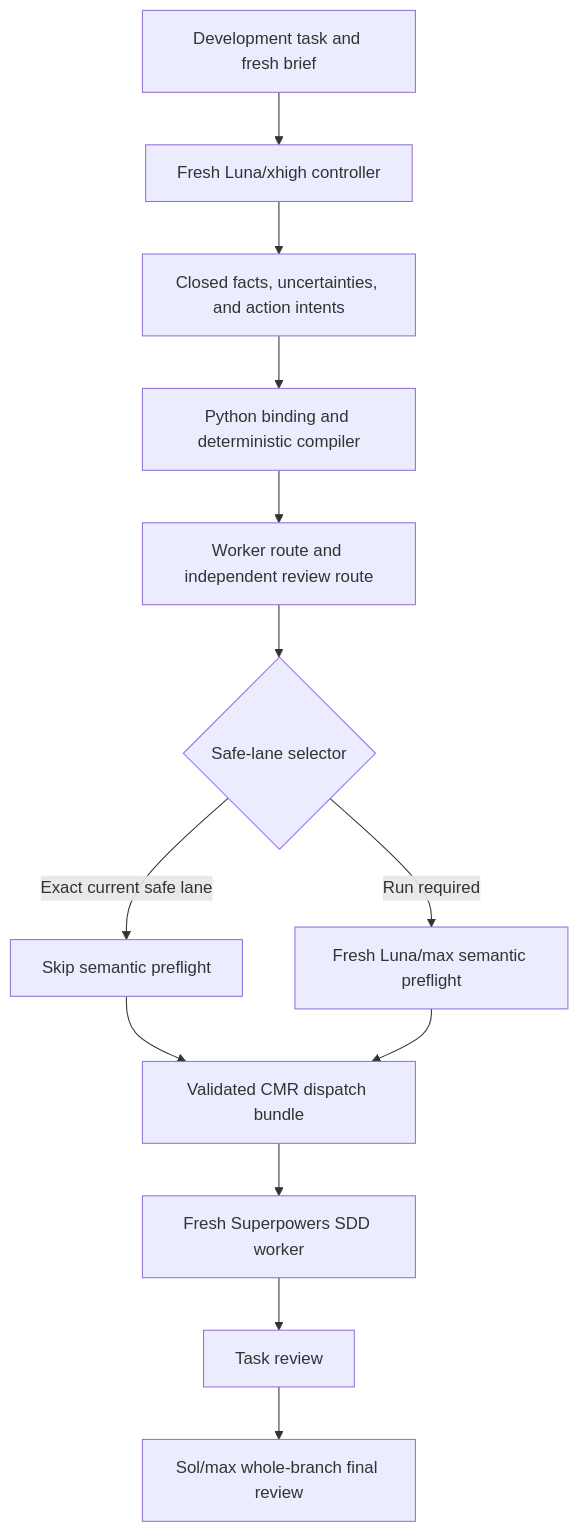
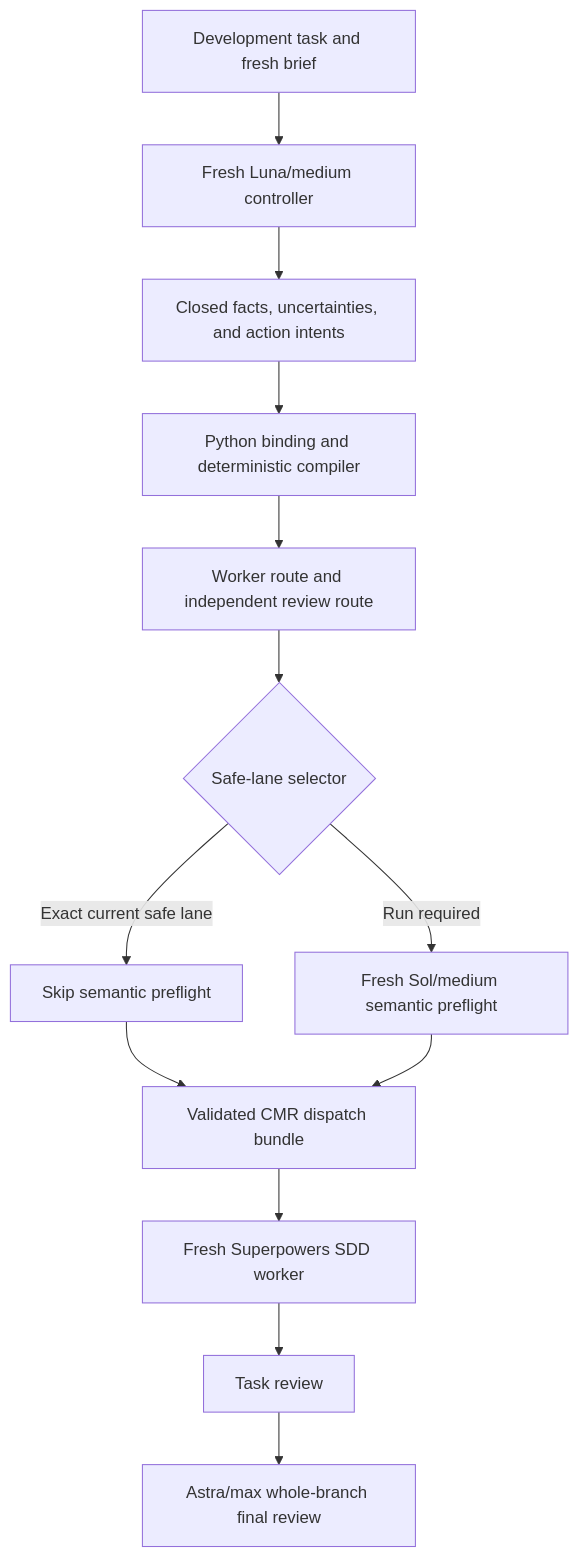
The diagram in README.md (luandemelo/codex-model-router), drawn with Mermaid before and after one commit. The commit also changed other lines of this file and 33 other files, not shown here.

````diff
--- a/README.md
+++ b/README.md
@@ -132,15 +132,15 @@
 ```mermaid
 flowchart TD
-    A[Development task and fresh brief] --> B[Fresh Luna/xhigh controller]
+    A[Development task and fresh brief] --> B[Fresh Luna/medium controller]
     B --> C[Closed facts, uncertainties, and action intents]
     C --> D[Python binding and deterministic compiler]
     D --> E[Worker route and independent review route]
     E --> F{Safe-lane selector}
     F -->|Exact current safe lane| G[Skip semantic preflight]
-    F -->|Run required| H[Fresh Luna/max semantic preflight]
+    F -->|Run required| H[Fresh Sol/medium semantic preflight]
     G --> I[Validated CMR dispatch bundle]
     H --> I
     I --> J[Fresh Superpowers SDD worker]
     J --> K[Task review]
-    K --> L[Sol/max whole-branch final review]
+    K --> L[Astra/max whole-branch final review]
 ```
````
